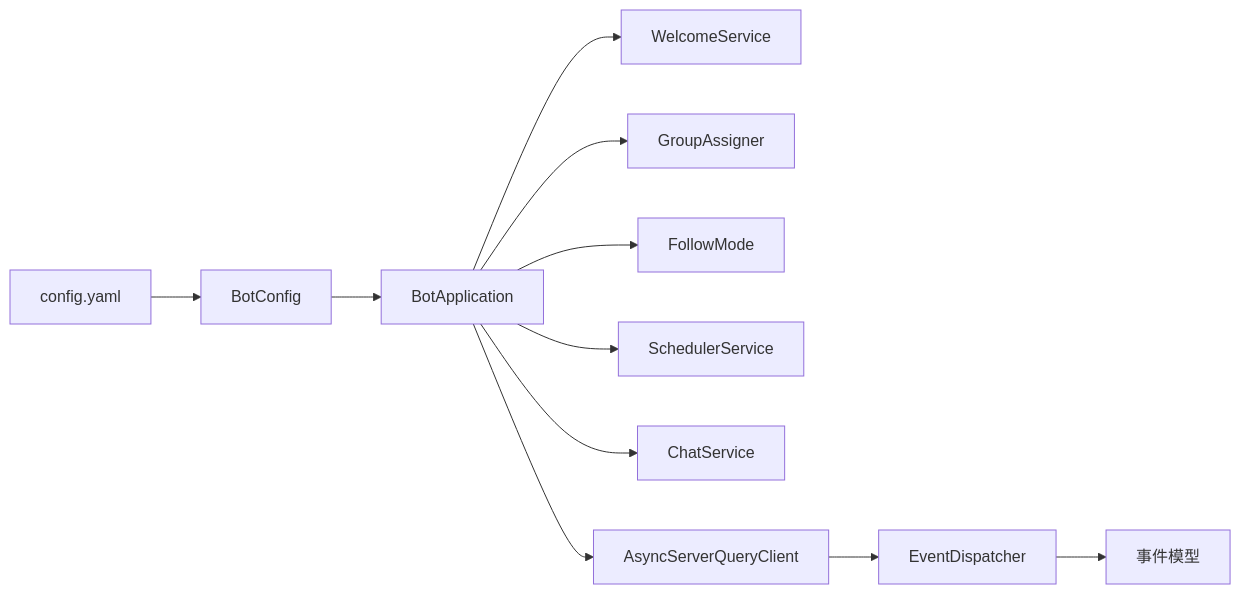
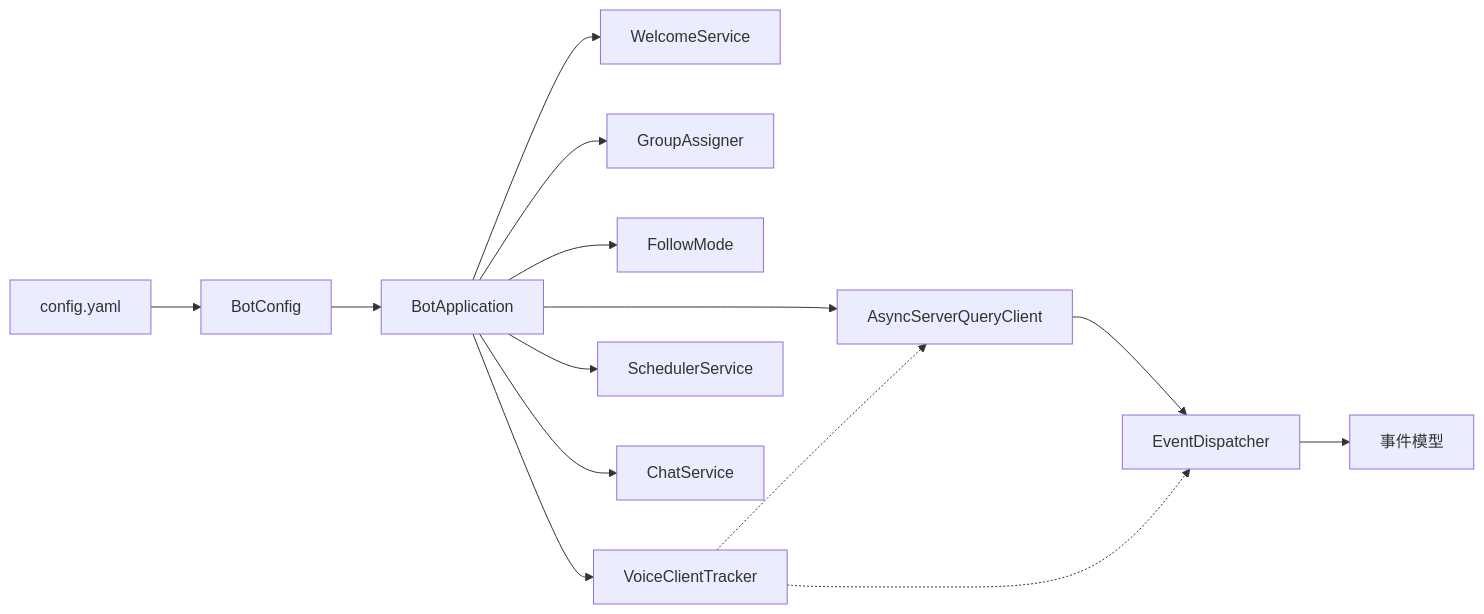
One commit to GhoulOwl/Teamspeak3_Bot changed the tenth of 10 diagrams in .qoder/repowiki/zh/content/用户自动化服务/用户自动化服务.md. Above: the diagram before and after it, drawn with Mermaid. The commit also changed other lines of this file and 13 other files, not shown here.

````diff
--- a/.qoder/repowiki/zh/content/用户自动化服务/用户自动化服务.md
+++ b/.qoder/repowiki/zh/content/用户自动化服务/用户自动化服务.md
@@ -383,13 +485,16 @@
 ```mermaid
 graph LR
 APP["BotApplication"] --> WEL["WelcomeService"]
 APP --> GRP["GroupAssigner"]
 APP --> FOL["FollowMode"]
+APP --> VCT["VoiceClientTracker"]
 APP --> SCH["SchedulerService"]
 APP --> CHAT["ChatService"]
 APP --> SQ["AsyncServerQueryClient"]
 SQ --> EVD["EventDispatcher"]
 EVD --> EVT["事件模型"]
 CFG["BotConfig"] --> APP
 YAML["config.yaml"] --> CFG
+VCT -.-> SQ
+VCT -.-> EVD
 ```
````
